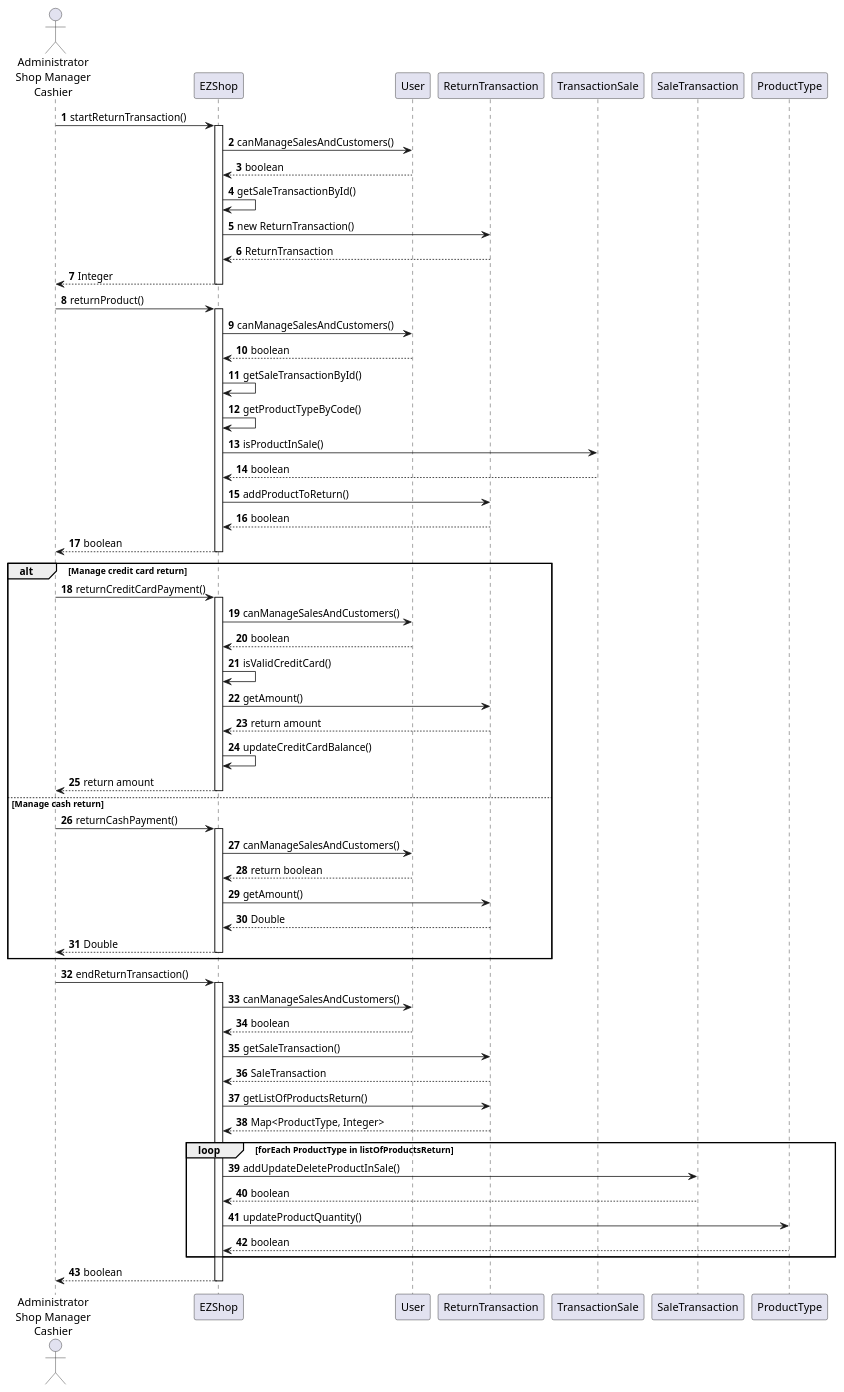
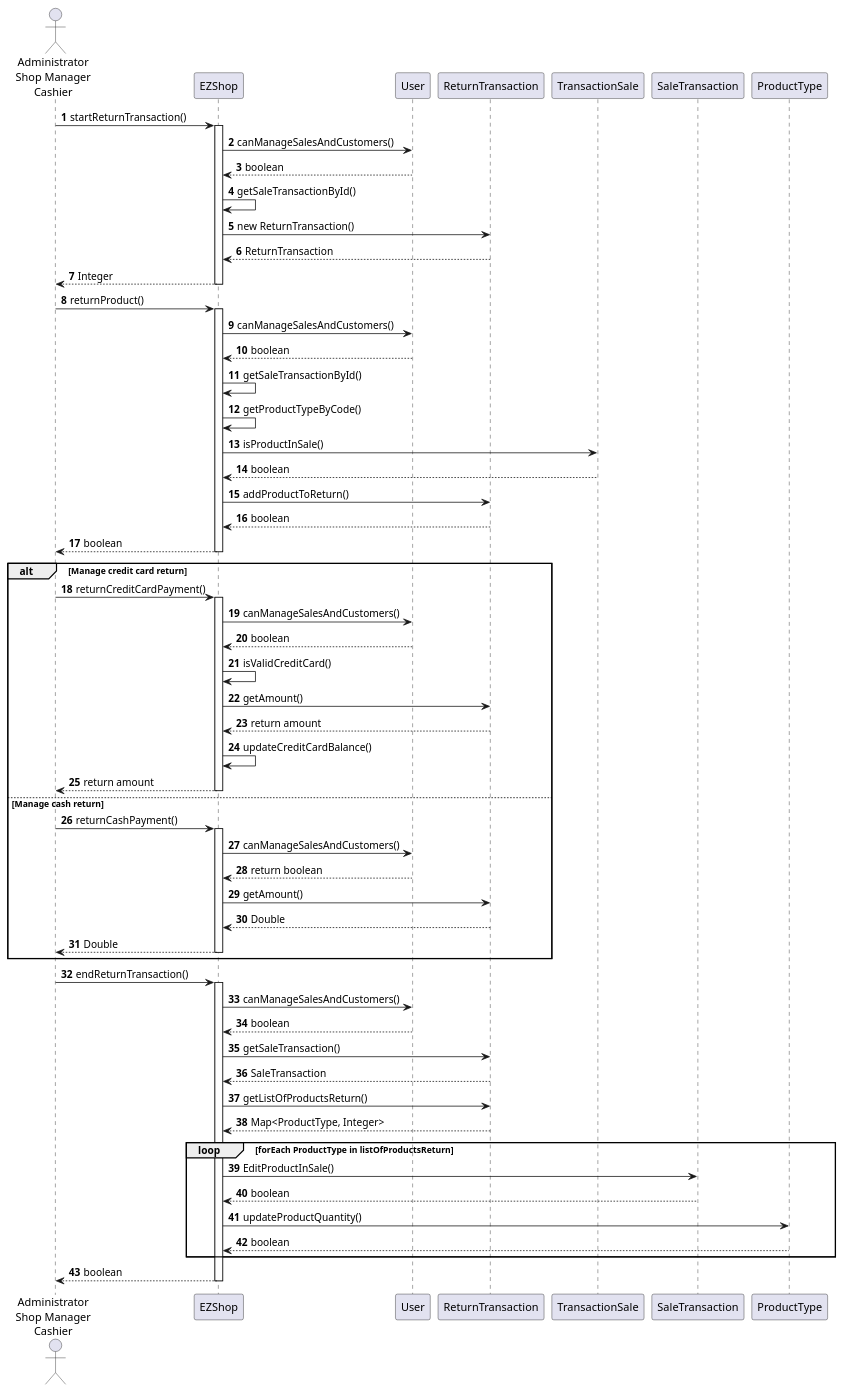
One commit to gioele-scaletta/EZShop-Software-Engineering-Project changed diagram 19 of 20 in Deliverables/DesignDocument.md. Above: the diagram before and after it, drawn with PlantUML. The commit also changed other lines of this file, not shown here.

````diff
--- a/Deliverables/DesignDocument.md
+++ b/Deliverables/DesignDocument.md
@@ -716,66 +709,66 @@
 ```plantuml
 actor "Administrator\nShop Manager\nCashier" as user
 
 autonumber
 user -> EZShop : startReturnTransaction()
 activate  EZShop
 EZShop -> User : canManageSalesAndCustomers()
 EZShop <-- User : boolean
 EZShop -> EZShop : getSaleTransactionById()
 EZShop -> ReturnTransaction : new ReturnTransaction()
 EZShop <-- ReturnTransaction : ReturnTransaction
 user <-- EZShop : Integer
 deactivate EZShop
 
 user -> EZShop : returnProduct()
 activate EZShop
 EZShop -> User : canManageSalesAndCustomers()
 EZShop <-- User : boolean
 EZShop -> EZShop : getSaleTransactionById()
 EZShop -> EZShop : getProductTypeByCode()
 EZShop -> TransactionSale : isProductInSale()
 EZShop <-- TransactionSale : boolean
 EZShop -> ReturnTransaction : addProductToReturn()
 EZShop <-- ReturnTransaction : boolean
 user <-- EZShop : boolean
 deactivate EZShop
 
 alt Manage credit card return
     user -> EZShop : returnCreditCardPayment()
     activate EZShop
     EZShop -> User : canManageSalesAndCustomers()
     EZShop <-- User : boolean
     EZShop -> EZShop : isValidCreditCard()
     EZShop -> ReturnTransaction : getAmount()
     EZShop <-- ReturnTransaction : return amount
     EZShop -> EZShop : updateCreditCardBalance()
     user <-- EZShop : return amount
     deactivate EZShop
 else Manage cash return
     user -> EZShop : returnCashPayment()
     activate EZShop
     EZShop -> User : canManageSalesAndCustomers()
     EZShop <-- User : return boolean
     EZShop -> ReturnTransaction : getAmount()
     EZShop <-- ReturnTransaction : Double
     user <-- EZShop : Double
     deactivate EZShop
 end
 
 user -> EZShop : endReturnTransaction()
 activate EZShop
 EZShop -> User : canManageSalesAndCustomers()
 EZShop <-- User : boolean
 EZShop -> ReturnTransaction : getSaleTransaction()
 EZShop <-- ReturnTransaction : SaleTransaction
 EZShop -> ReturnTransaction : getListOfProductsReturn()
 EZShop <-- ReturnTransaction : Map<ProductType, Integer>
 loop forEach ProductType in listOfProductsReturn
-    EZShop -> SaleTransaction : addUpdateDeleteProductInSale()
+    EZShop -> SaleTransaction : EditProductInSale()
     EZShop <-- SaleTransaction : boolean
     EZShop -> ProductType : updateProductQuantity()
     EZShop <-- ProductType : boolean
 end
 user <-- EZShop: boolean
 deactivate EZShop
 ```
````
